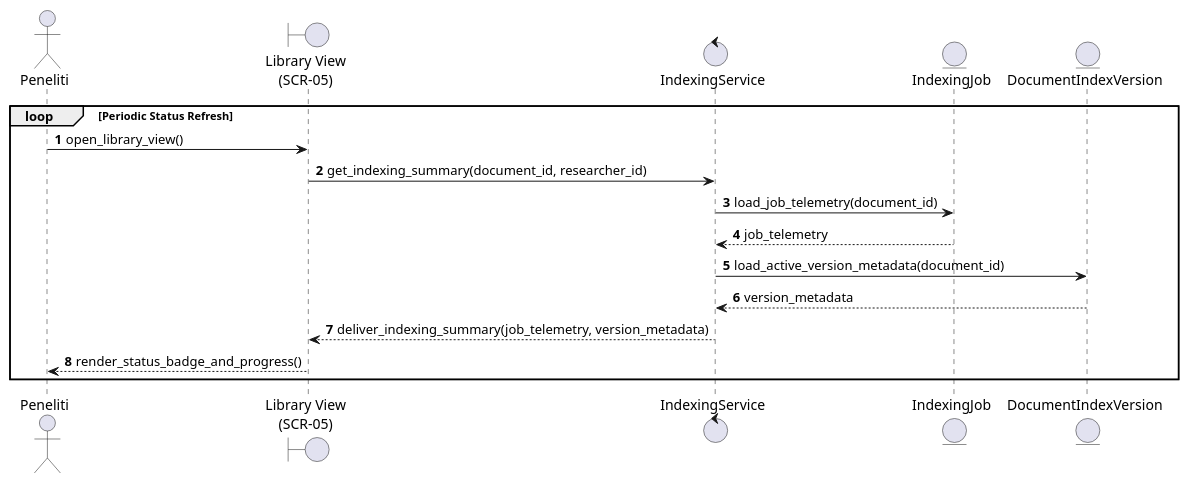
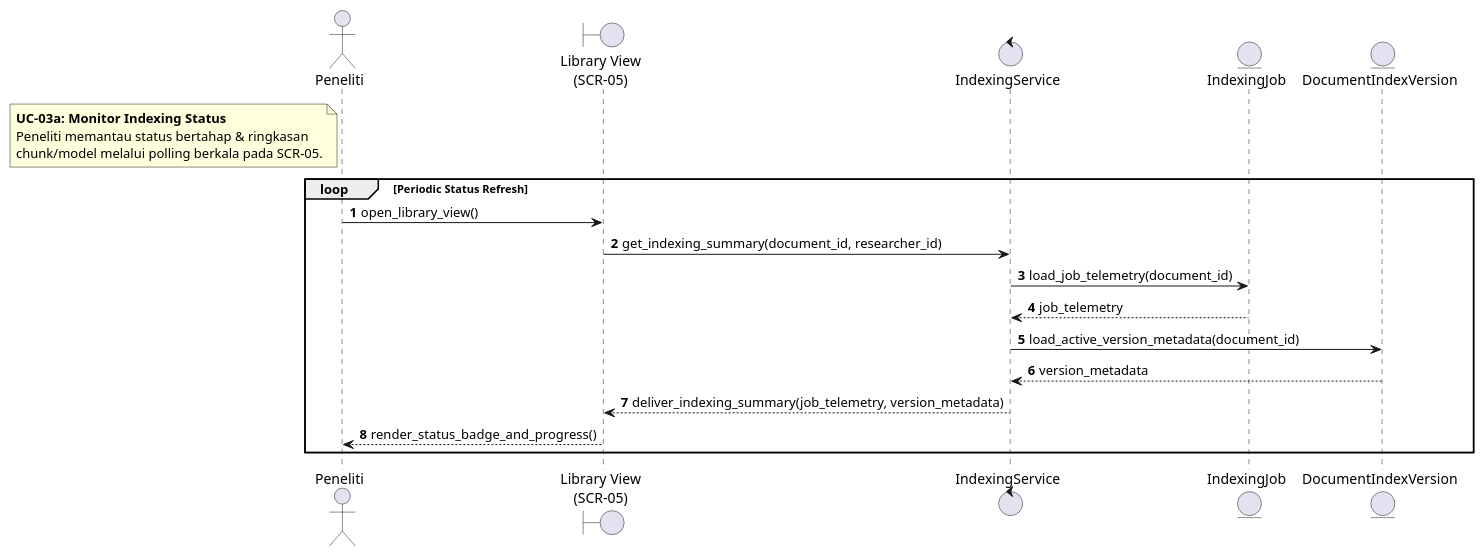
Before and after one commit to Gzaa19/Telaah: the fourth of 7 diagrams in specs/003-document-indexing-embedding/plan.md, drawn with PlantUML. The commit also changed other lines of this file and 11 other files, not shown here.

Commit message:
docs(iconix): align constitution, preset templates, and specs 001-004 diagrams

````diff
--- a/specs/003-document-indexing-embedding/plan.md
+++ b/specs/003-document-indexing-embedding/plan.md
@@ -558,23 +486,31 @@
 ```plantuml
 @startuml
+autoactivate off
 autonumber
+skinparam shadowing false
 skinparam responseMessageBelowArrow true
 
 actor "Peneliti" as Peneliti
 boundary "Library View\n(SCR-05)" as LibraryUI
 control "IndexingService" as IService
 entity "IndexingJob" as IndexJob
 entity "DocumentIndexVersion" as IndexVersion
+
+note left of Peneliti
+  <b>UC-03a: Monitor Indexing Status</b>
+  Peneliti memantau status bertahap & ringkasan
+  chunk/model melalui polling berkala pada SCR-05.
+end note
 
 loop Periodic Status Refresh
     Peneliti -> LibraryUI : open_library_view()
     LibraryUI -> IService : get_indexing_summary(document_id, researcher_id)
     IService -> IndexJob : load_job_telemetry(document_id)
     IndexJob --> IService : job_telemetry
     IService -> IndexVersion : load_active_version_metadata(document_id)
     IndexVersion --> IService : version_metadata
     IService --> LibraryUI : deliver_indexing_summary(job_telemetry, version_metadata)
     LibraryUI --> Peneliti : render_status_badge_and_progress()
 end
 @enduml
 ```
````
